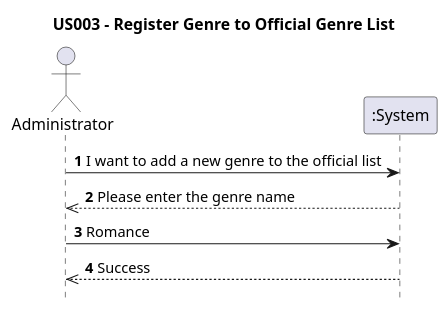
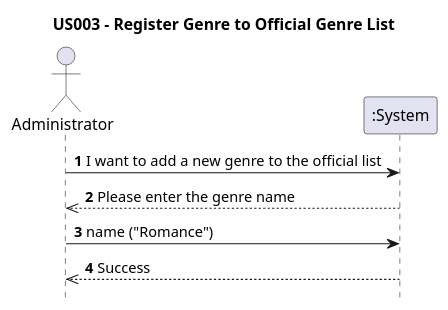
The diagram in Diagrams/SequenceDiagrams/N1/US003-To-add-a-publication-genre-list.puml (AndrePereiraGitH/SWitCH-Project-Team_A), drawn with PlantUML before and after one commit. The commit also changed 14 other files, not shown here.

```diff
--- a/Diagrams/SequenceDiagrams/N1/US003-To-add-a-publication-genre-list.puml
+++ b/Diagrams/SequenceDiagrams/N1/US003-To-add-a-publication-genre-list.puml
@@ -1,13 +1,13 @@
 @startuml
 hide footbox
 title US003 - Register Genre to Official Genre List
 
 actor Administrator
 participant ":System" as System
 
 Administrator -> System : **1** I want to add a new genre to the official list
 System --->> Administrator : **2** Please enter the genre name
-Administrator -> System : **3** Romance
+Administrator -> System : **3** name ("Romance")
 System --->> Administrator : **4** Success
 
 @enduml
```
